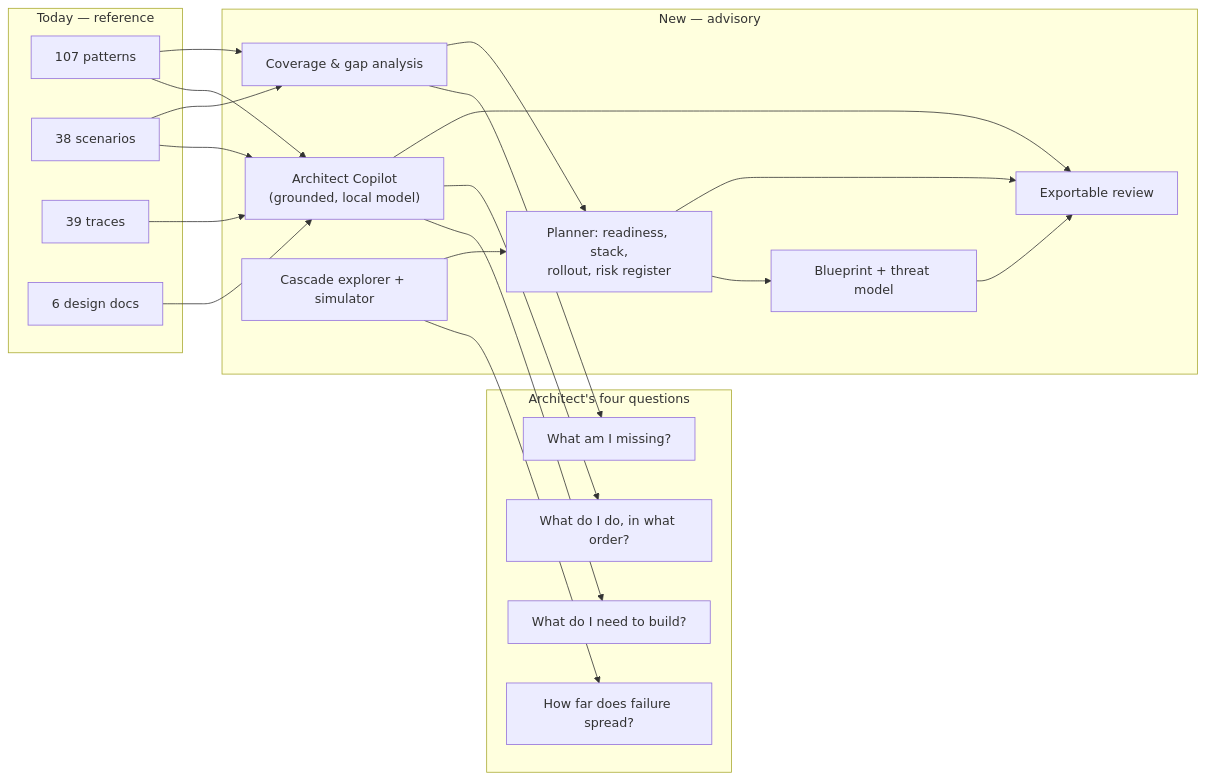
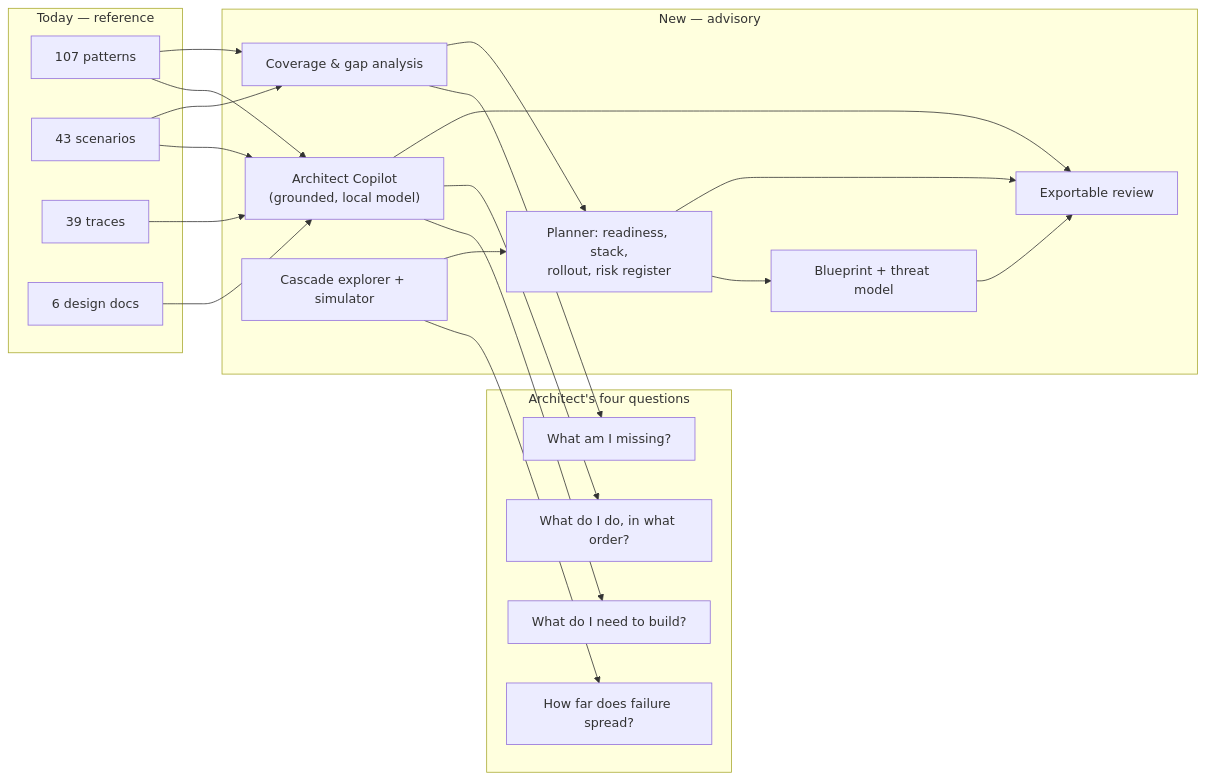
The first of 6 diagrams in design/07-architect-analysis.md (harishgovardhandamodar/AI-Agents-Patterns), drawn with Mermaid before and after one commit. The commit also changed 11 other files, not shown here.

````diff
--- a/design/07-architect-analysis.md
+++ b/design/07-architect-analysis.md
@@ -10,39 +10,39 @@
 ```mermaid
 flowchart LR
   subgraph TODAY["Today — reference"]
     P["107 patterns"]
-    S["38 scenarios"]
+    S["43 scenarios"]
     T["39 traces"]
     D["6 design docs"]
   end
   subgraph ASK["Architect's four questions"]
     Q1["What do I need to build?"]
     Q2["What am I missing?"]
     Q3["How far does failure spread?"]
     Q4["What do I do, in what order?"]
   end
   subgraph NEW["New — advisory"]
     CP["Architect Copilot<br/>(grounded, local model)"]
     CV["Coverage &amp; gap analysis"]
     CA["Cascade explorer + simulator"]
     PL["Planner: readiness, stack,<br/>rollout, risk register"]
     BP["Blueprint + threat model"]
     RP["Exportable review"]
   end
   P --> CP
   S --> CP
   T --> CP
   D --> CP
   P --> CV
   S --> CV
   CP --> Q1
   CP --> Q4
   CV --> Q2
   CA --> Q3
   CA --> PL
   CV --> PL
   PL --> BP
   BP --> RP
   PL --> RP
   CP --> RP
 ```
````
